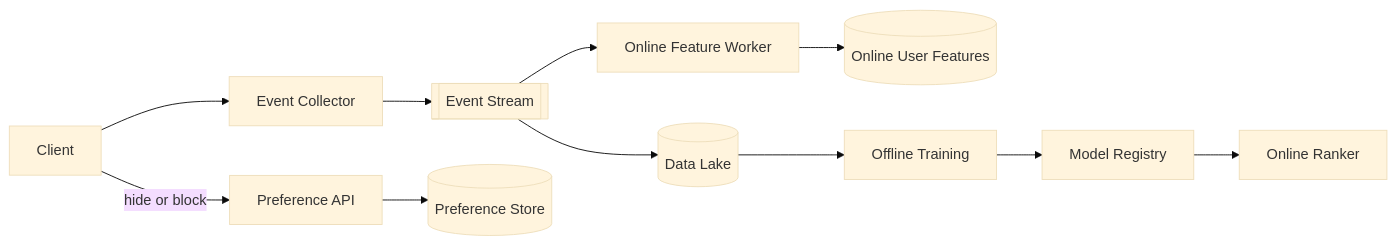
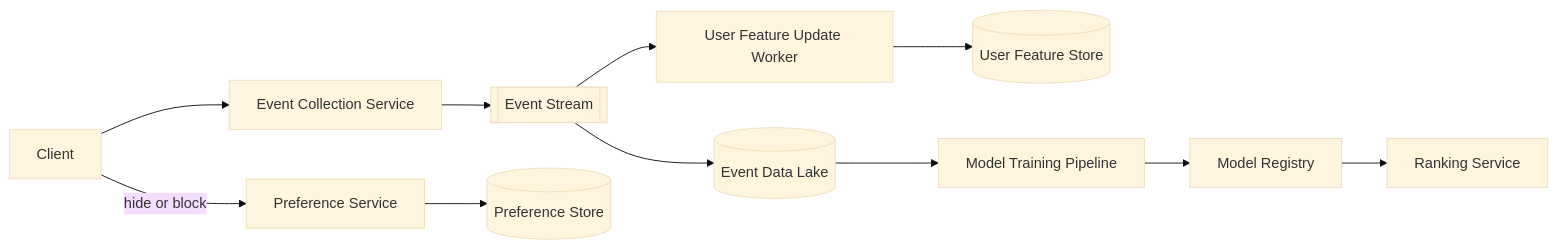
The third of 3 diagrams in personalized-news-feed-interview-quick-reference.md (shiiyan/learn-system-design), drawn with Mermaid (base theme) before and after one commit. The commit also changed other lines of this file, not shown here.

Commit message:
Normalize architecture component names

````diff
--- a/personalized-news-feed-interview-quick-reference.md
+++ b/personalized-news-feed-interview-quick-reference.md
@@ -240,13 +253,13 @@
 ```mermaid
 flowchart LR
-    Client --> Collector[Event Collector]
+    Client --> Collector[Event Collection Service]
     Collector --> Stream[[Event Stream]]
-    Stream --> OnlineWorker[Online Feature Worker]
-    OnlineWorker --> Features[(Online User Features)]
-    Stream --> Lake[(Data Lake)]
-    Lake --> Training[Offline Training]
+    Stream --> OnlineWorker[User Feature Update Worker]
+    OnlineWorker --> Features[(User Feature Store)]
+    Stream --> Lake[(Event Data Lake)]
+    Lake --> Training[Model Training Pipeline]
     Training --> Registry[Model Registry]
-    Registry --> Ranker[Online Ranker]
-    Client -->|hide or block| PreferenceAPI[Preference API]
+    Registry --> Ranker[Ranking Service]
+    Client -->|hide or block| PreferenceAPI[Preference Service]
     PreferenceAPI --> Preferences[(Preference Store)]
 ```
````
